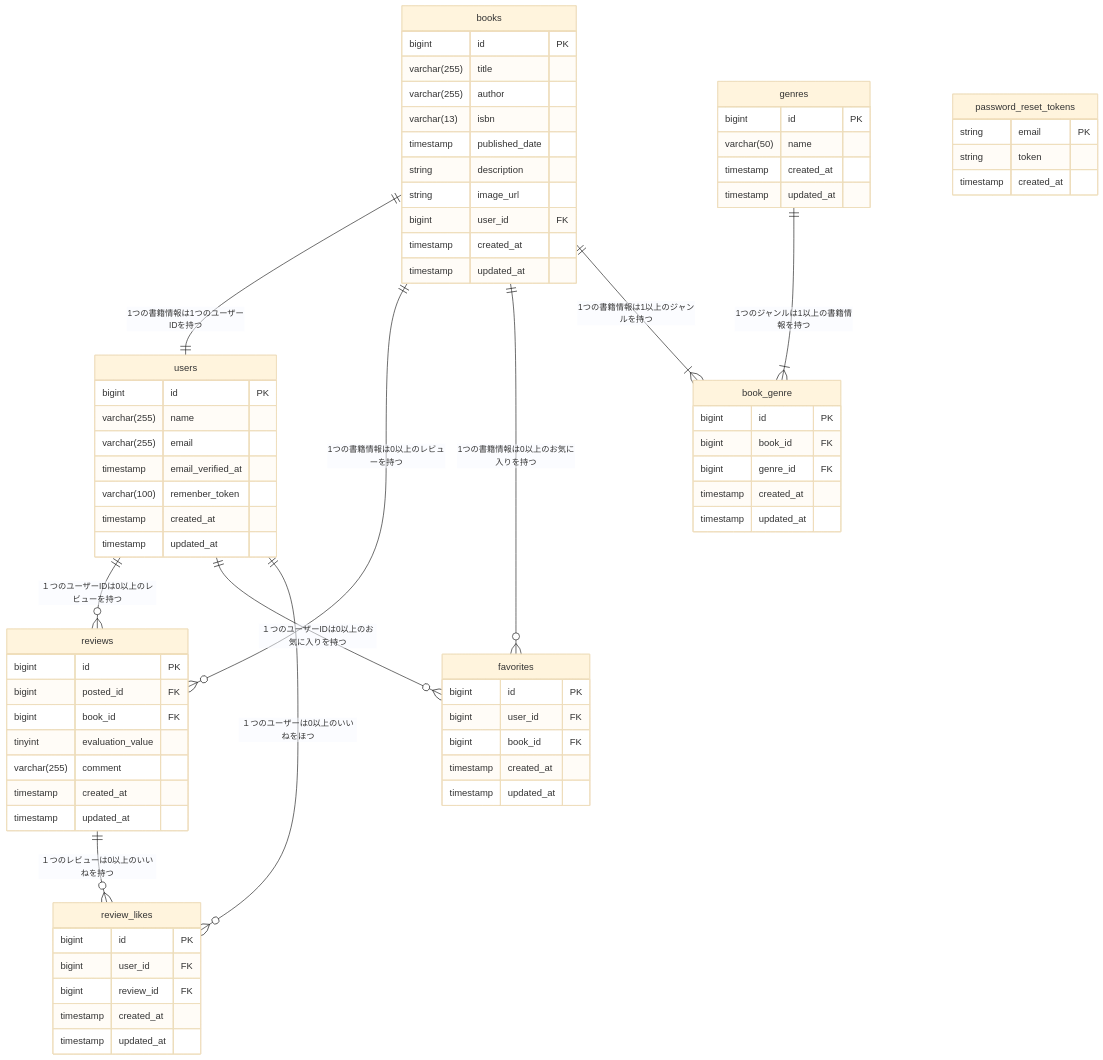
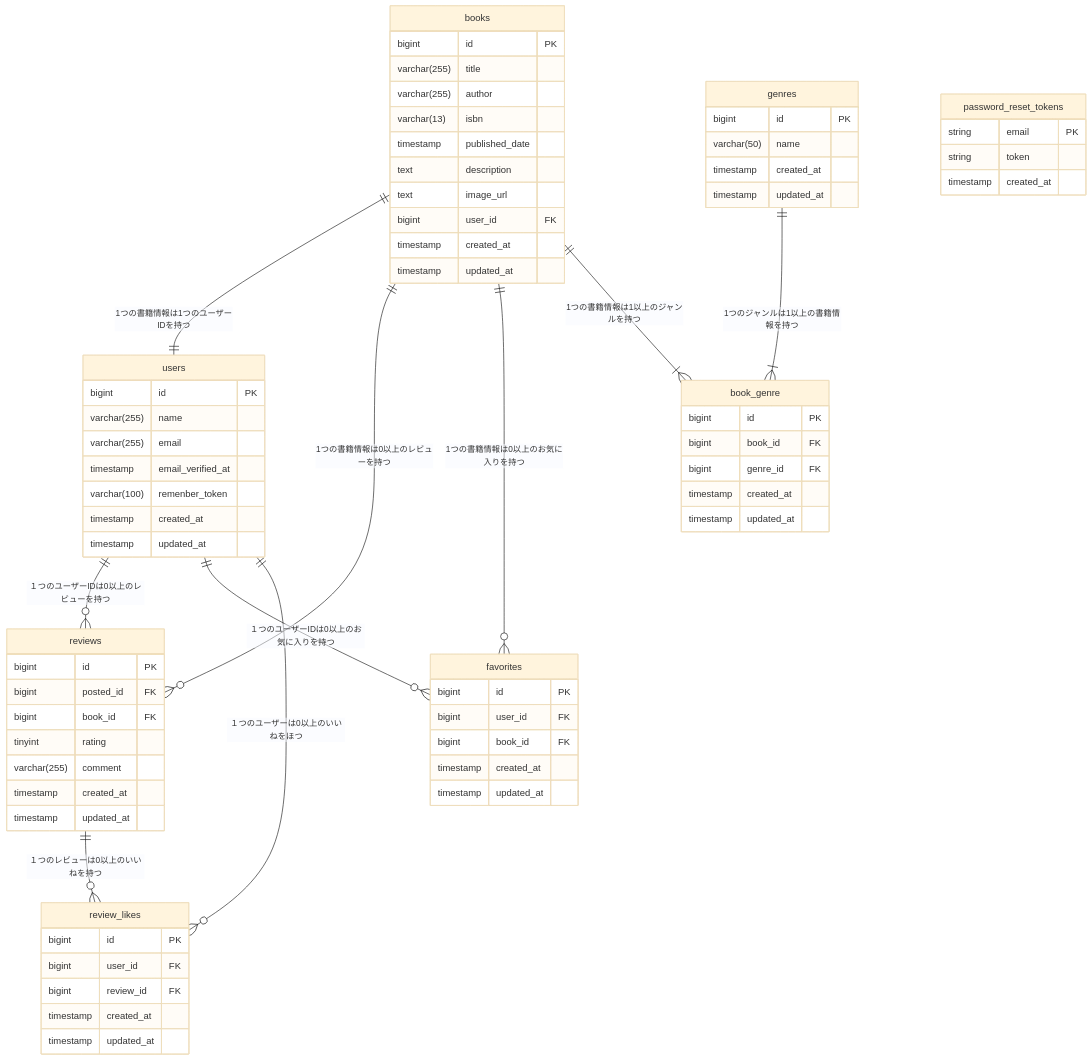
The diagram in ER-Diagram.md (fm5889rx/BookShelf-app), drawn with Mermaid (base theme) before and after one commit. The commit also changed 114 other files, not shown here.

````diff
--- a/ER-Diagram.md
+++ b/ER-Diagram.md
@@ -1,83 +1,83 @@
 ```mermaid
 erDiagram
   books ||--|| users : "1つの書籍情報は1つのユーザーIDを持つ"
   books ||--o{ reviews : "1つの書籍情報は0以上のレビューを持つ"
   books ||--o{ favorites : "1つの書籍情報は0以上のお気に入りを持つ"
   books ||--|{ book_genre : "1つの書籍情報は1以上のジャンルを持つ"
   genres ||--|{ book_genre : "1つのジャンルは1以上の書籍情報を持つ"
   users ||--o{ reviews : "１つのユーザーIDは0以上のレビューを持つ"
   users ||--o{ favorites : "１つのユーザーIDは0以上のお気に入りを持つ"
   users ||--o{ review_likes : "１つのユーザーは0以上のいいねをほつ"
   reviews ||--o{ review_likes : "１つのレビューは0以上のいいねを持つ"
 
   users {
     bigint          id                  PK
     varchar(255)    name
     varchar(255)    email
     timestamp       email_verified_at
     varchar(100)    remenber_token
     timestamp       created_at
     timestamp       updated_at
   }
 
   books {
     bigint          id                  PK
     varchar(255)    title
     varchar(255)    author
     varchar(13)     isbn
     timestamp       published_date
-    string          description
-    string          image_url
+    text            description
+    text            image_url
     bigint          user_id             FK
     timestamp       created_at
     timestamp       updated_at
   }
 
   genres {
     bigint          id                  PK
     varchar(50)     name
     timestamp       created_at
     timestamp       updated_at
   }
 
   reviews {
     bigint          id                  PK
     bigint          posted_id           FK
     bigint          book_id             FK
-    tinyint         evaluation_value
+    tinyint         rating
     varchar(255)    comment
     timestamp       created_at
     timestamp       updated_at
   }
 
   book_genre {
     bigint          id                  PK
     bigint          book_id             FK
     bigint          genre_id            FK
     timestamp       created_at
     timestamp       updated_at
   }
 
   favorites {
     bigint          id                  PK
     bigint          user_id             FK
     bigint          book_id             FK
     timestamp       created_at
     timestamp       updated_at
   }
 
   review_likes {
     bigint          id                  PK
     bigint          user_id             FK
     bigint          review_id           FK
     timestamp       created_at
     timestamp       updated_at
   }
 
   password_reset_tokens {
     string          email               PK
     string          token
     timestamp       created_at
   }
 
 ```
````
